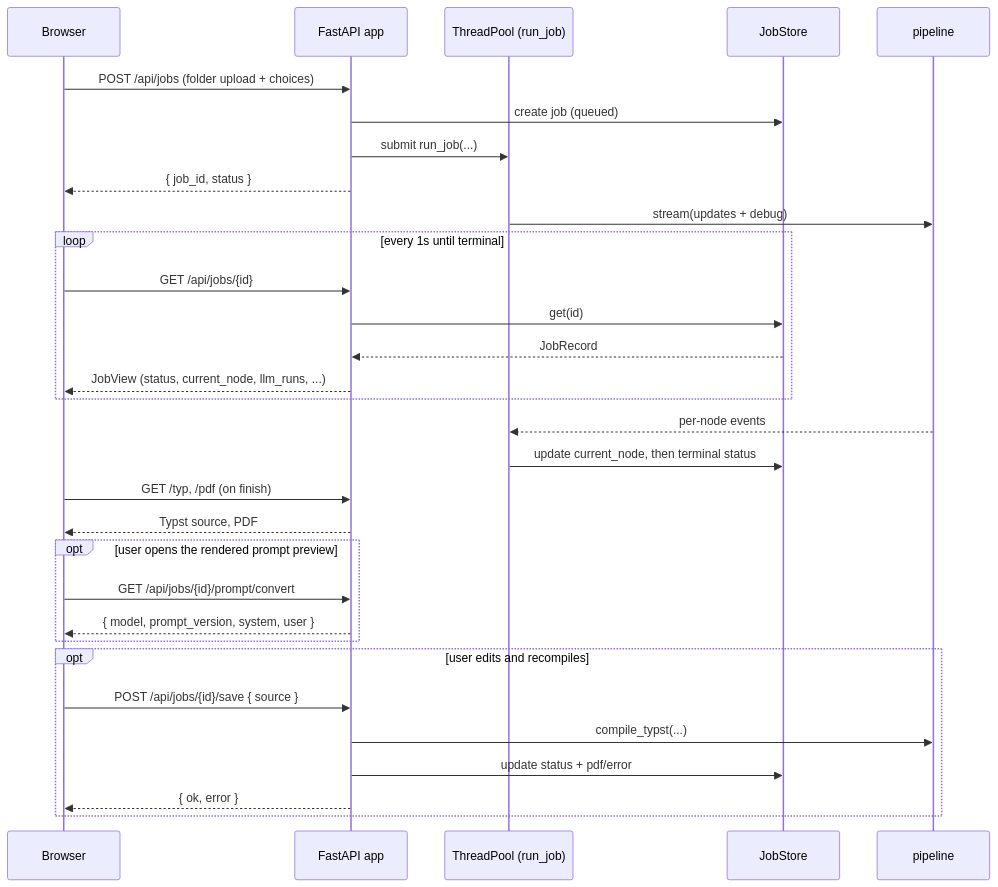
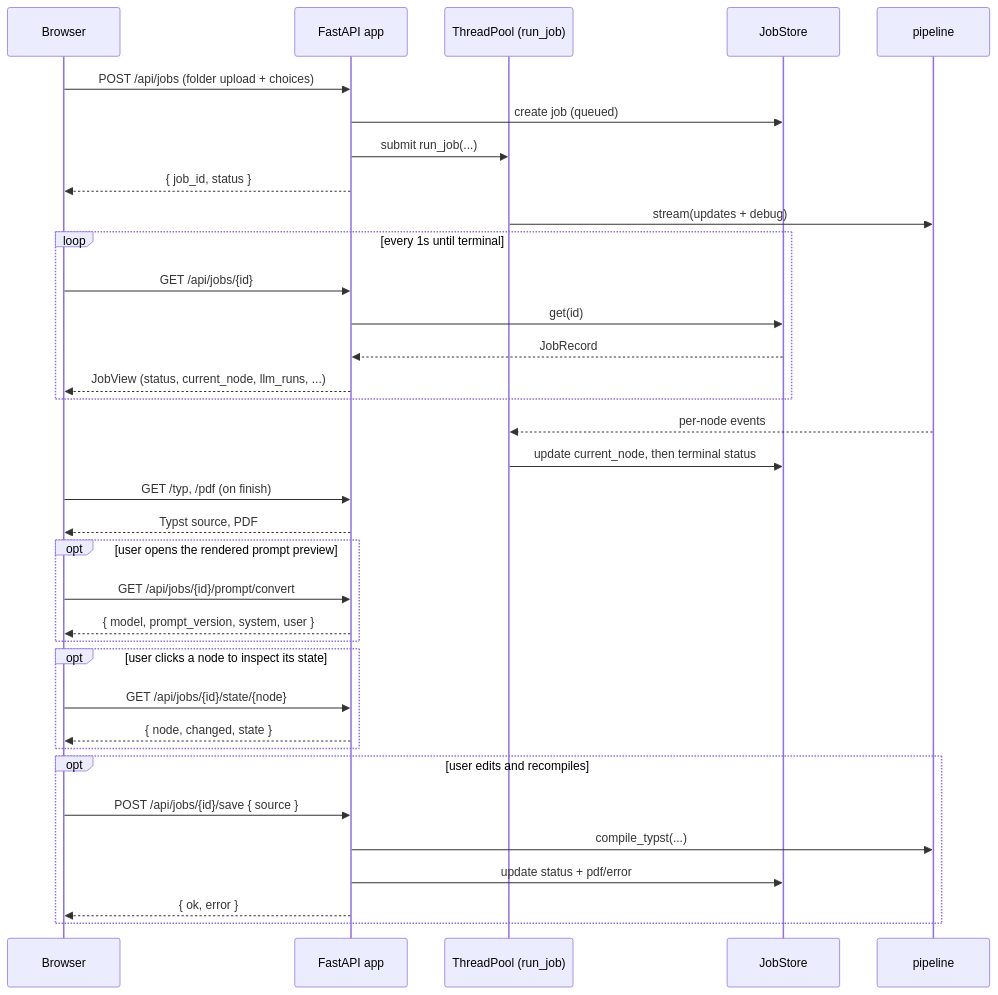
Diagram 11 of 11 in CODEBASE_GUIDE.md (SushrutGaikwad/b2t), drawn with Mermaid before and after one commit. The commit also changed other lines of this file and 1 other file, not shown here.

First line of the commit message:
docs: document the per-node state inspector in the guide and readme

````diff
--- a/CODEBASE_GUIDE.md
+++ b/CODEBASE_GUIDE.md
@@ -1169,34 +1232,38 @@
 ```mermaid
 sequenceDiagram
     participant UI as Browser
     participant API as FastAPI app
     participant Pool as ThreadPool (run_job)
     participant Store as JobStore
     participant Graph as pipeline
 
     UI->>API: POST /api/jobs (folder upload + choices)
     API->>Store: create job (queued)
     API->>Pool: submit run_job(...)
     API-->>UI: { job_id, status }
     Pool->>Graph: stream(updates + debug)
     loop every 1s until terminal
         UI->>API: GET /api/jobs/{id}
         API->>Store: get(id)
         Store-->>API: JobRecord
         API-->>UI: JobView (status, current_node, llm_runs, ...)
     end
     Graph-->>Pool: per-node events
     Pool->>Store: update current_node, then terminal status
     UI->>API: GET /typ, /pdf (on finish)
     API-->>UI: Typst source, PDF
     opt user opens the rendered prompt preview
         UI->>API: GET /api/jobs/{id}/prompt/convert
         API-->>UI: { model, prompt_version, system, user }
     end
+    opt user clicks a node to inspect its state
+        UI->>API: GET /api/jobs/{id}/state/{node}
+        API-->>UI: { node, changed, state }
+    end
     opt user edits and recompiles
         UI->>API: POST /api/jobs/{id}/save { source }
         API->>Graph: compile_typst(...)
         API->>Store: update status + pdf/error
         API-->>UI: { ok, error }
     end
 ```
````
